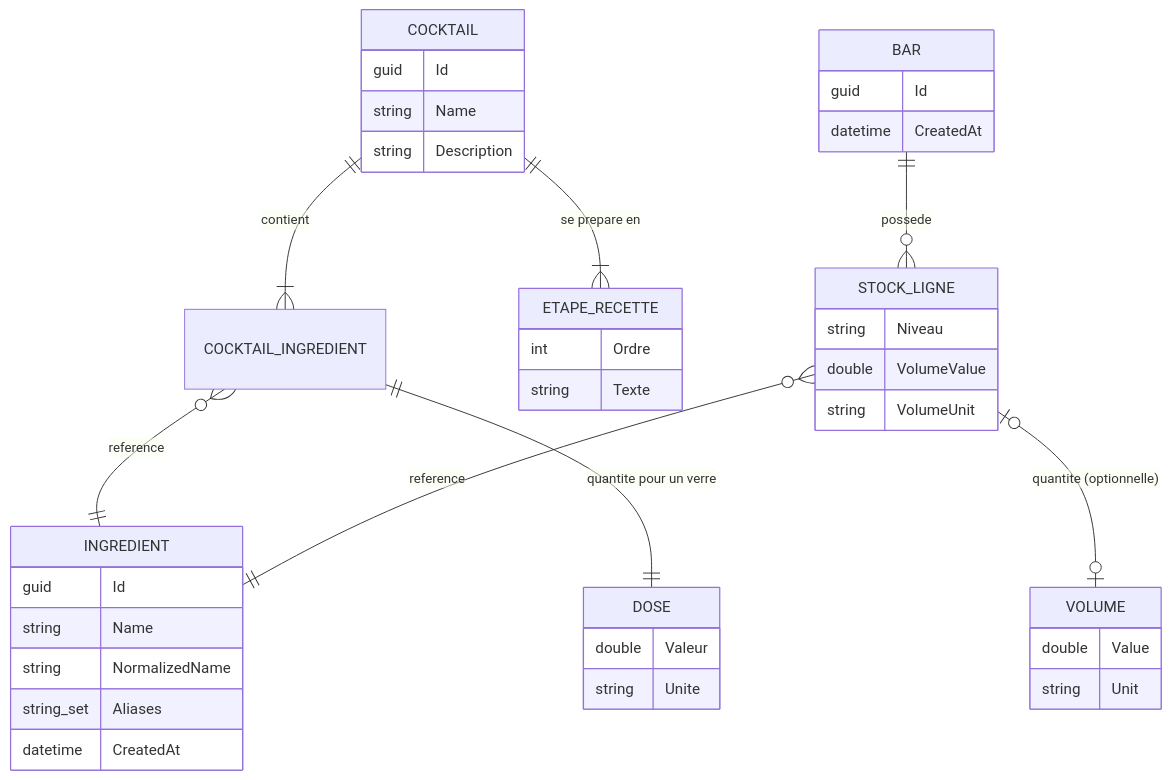
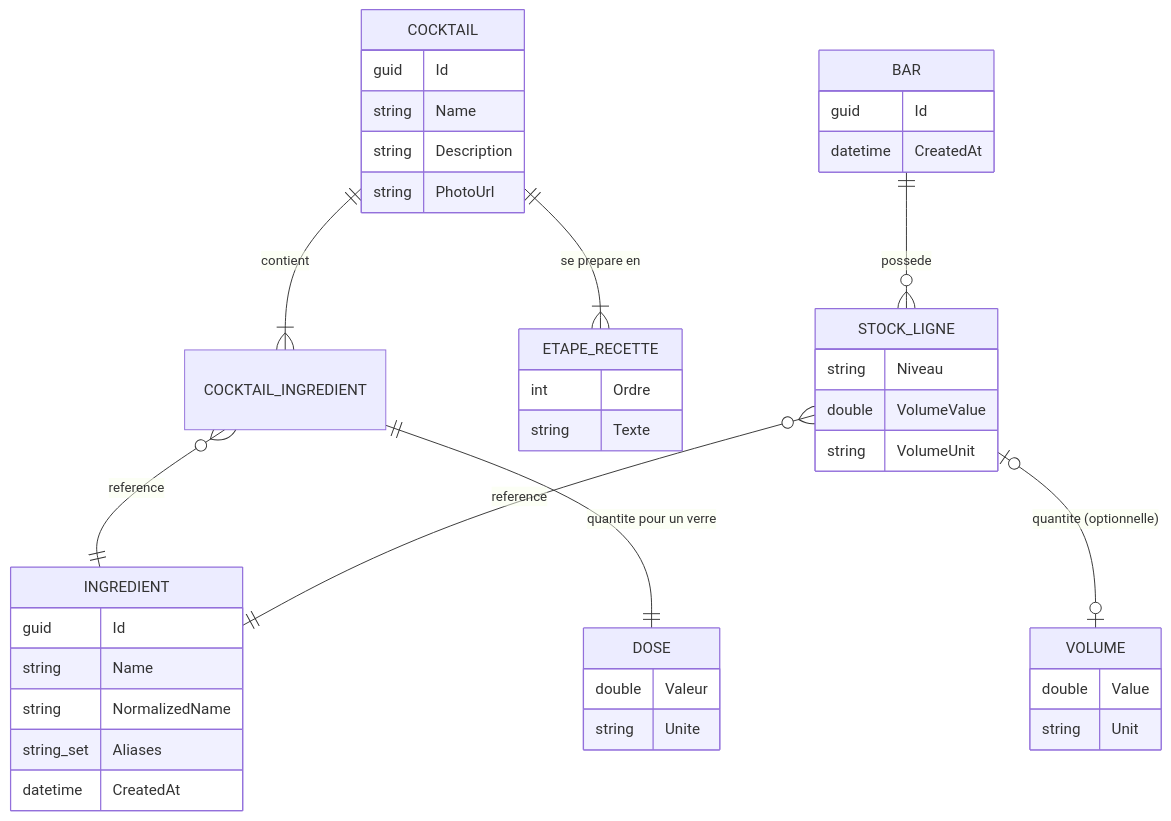
The first of 2 diagrams in docs/MVP.md (Zerak630/mixo-logger), drawn with Mermaid before and after one commit. The commit also changed other lines of this file, not shown here.

````diff
--- a/docs/MVP.md
+++ b/docs/MVP.md
@@ -182,44 +184,45 @@
 ```mermaid
 erDiagram
     COCKTAIL ||--|{ COCKTAIL_INGREDIENT : "contient"
     COCKTAIL ||--|{ ETAPE_RECETTE : "se prepare en"
     COCKTAIL_INGREDIENT }o--|| INGREDIENT : "reference"
     COCKTAIL_INGREDIENT ||--|| DOSE : "quantite pour un verre"
     BAR ||--o{ STOCK_LIGNE : "possede"
     STOCK_LIGNE }o--|| INGREDIENT : "reference"
     STOCK_LIGNE |o--o| VOLUME : "quantite (optionnelle)"
 
     COCKTAIL {
         guid Id
         string Name
         string Description
+        string PhotoUrl
     }
     INGREDIENT {
         guid Id
         string Name
         string NormalizedName
         string_set Aliases
         datetime CreatedAt
     }
     STOCK_LIGNE {
         string Niveau
         double VolumeValue
         string VolumeUnit
     }
     ETAPE_RECETTE {
         int Ordre
         string Texte
     }
     DOSE {
         double Valeur
         string Unite
     }
     VOLUME {
         double Value
         string Unit
     }
     BAR {
         guid Id
         datetime CreatedAt
     }
 ```
````
